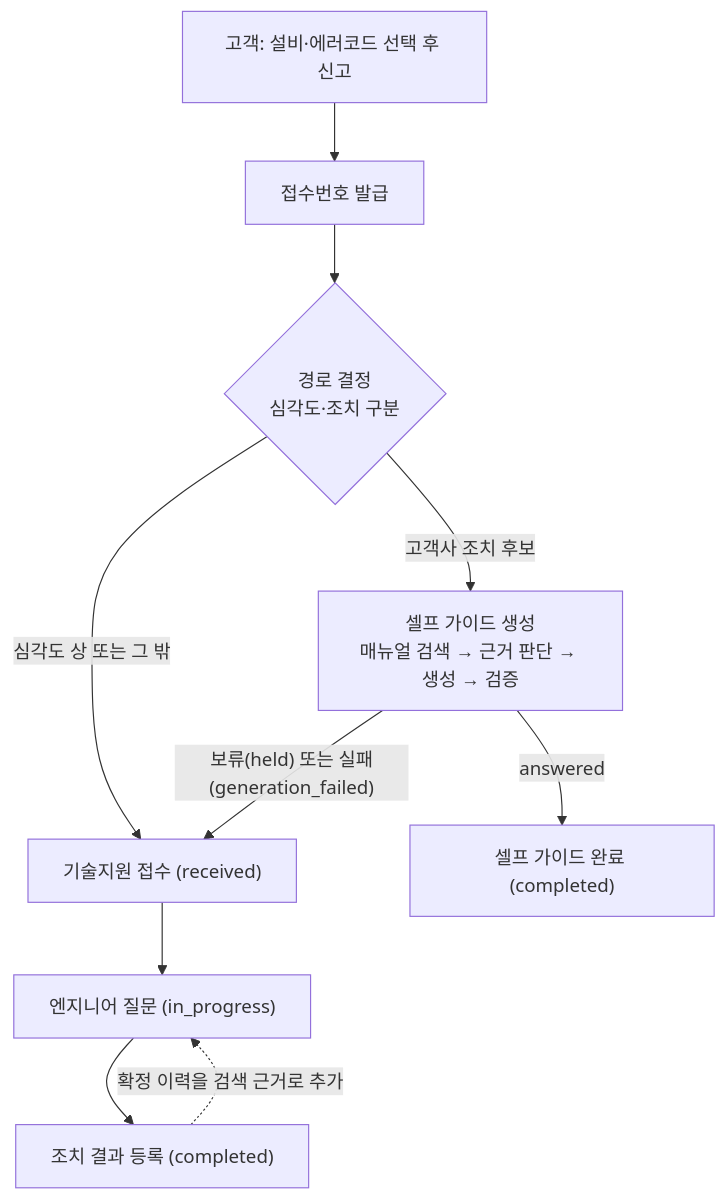
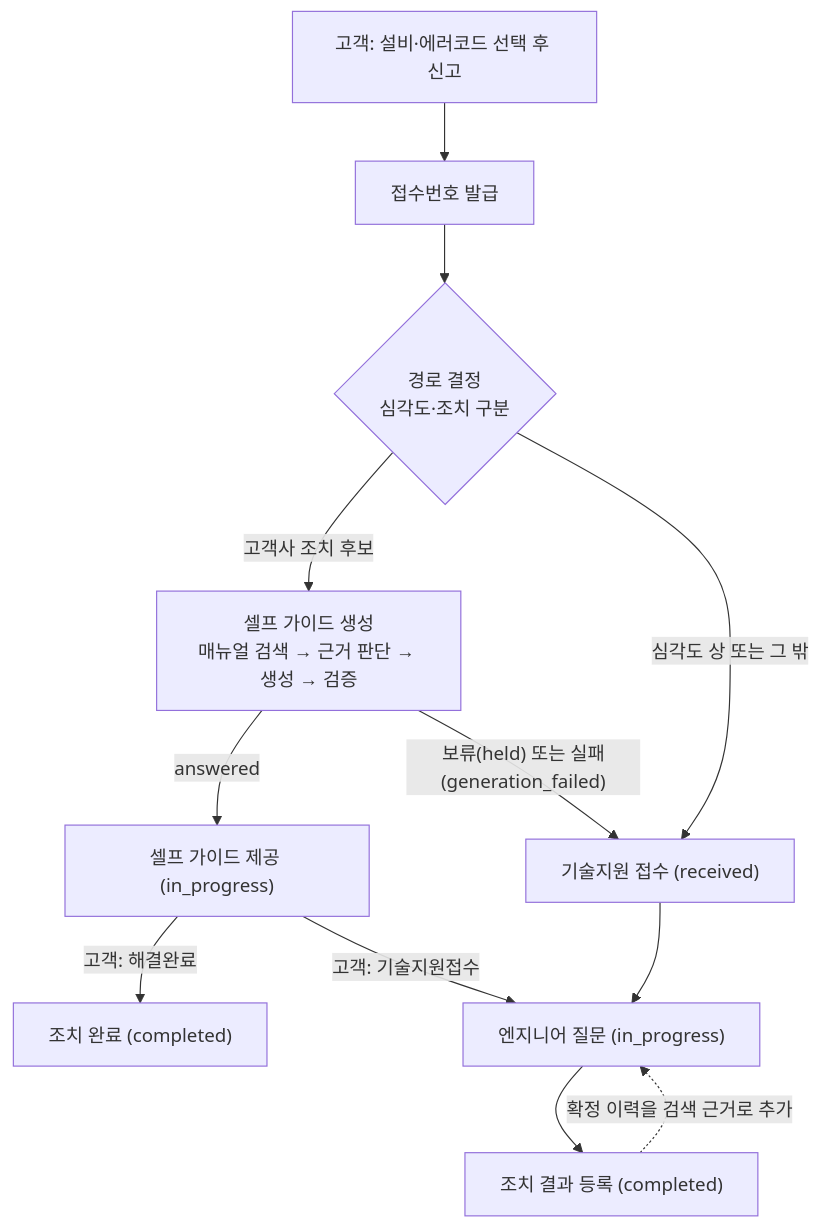
Before and after one commit to movebrain/m-pilot: the diagram in README.md, drawn with Mermaid. The commit also changed other lines of this file and 25 other files, not shown here.

````diff
--- a/README.md
+++ b/README.md
@@ -79,12 +79,14 @@
 ```mermaid
 flowchart TD
     A["고객: 설비·에러코드 선택 후 신고"] --> B["접수번호 발급"]
     B --> C{"경로 결정<br/>심각도·조치 구분"}
     C -->|"고객사 조치 후보"| G["셀프 가이드 생성<br/>매뉴얼 검색 → 근거 판단 → 생성 → 검증"]
     C -->|"심각도 상 또는 그 밖"| S["기술지원 접수 (received)"]
-    G -->|"answered"| D["셀프 가이드 완료 (completed)"]
+    G -->|"answered"| D["셀프 가이드 제공 (in_progress)"]
+    D -->|"고객: 해결완료"| E["조치 완료 (completed)"]
+    D -->|"고객: 기술지원접수"| I
     G -->|"보류(held) 또는 실패(generation_failed)"| S
     S --> I["엔지니어 질문 (in_progress)"]
     I --> K["조치 결과 등록 (completed)"]
     K -.->|"확정 이력을 검색 근거로 추가"| I
 ```
````
